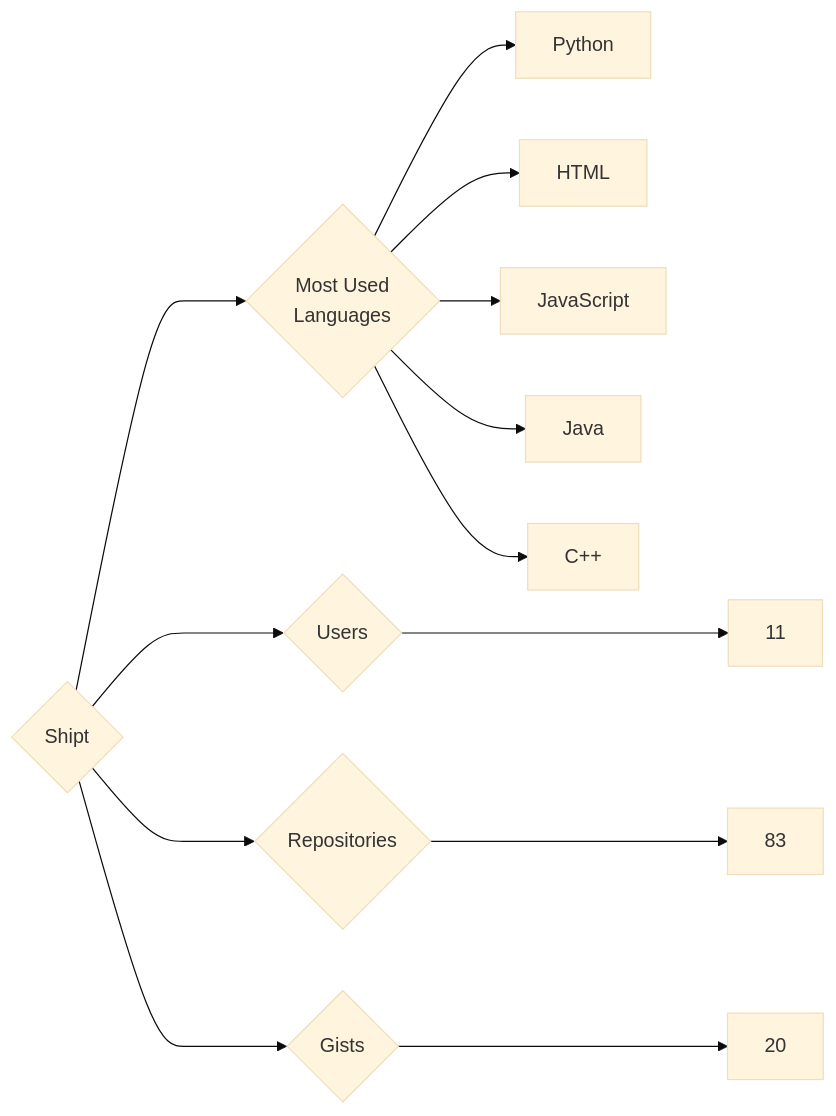
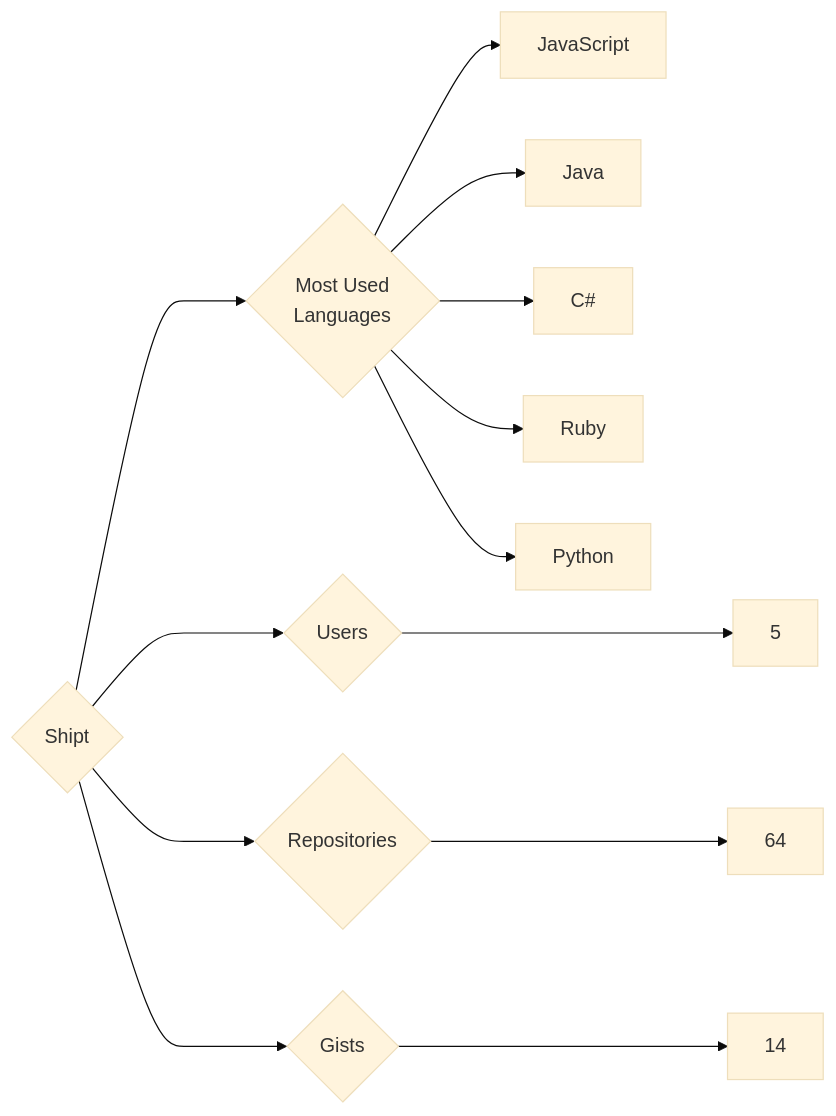
One commit to trickest/insiders changed the diagram in targets/Shipt/README.md. Above: the diagram before and after it, drawn with Mermaid (base theme). The commit also changed 851 other files, not shown here.

````diff
--- a/targets/Shipt/README.md
+++ b/targets/Shipt/README.md
@@ -3,13 +3,13 @@
 ```mermaid
 graph LR
 COMPANY_NAME{Shipt}
-COMPANY_NAME ---> U{Users} ---> UN[11]
-COMPANY_NAME ---> R{Repositories} ---> RN[83]
-COMPANY_NAME ---> G{Gists} ---> GN[20]
+COMPANY_NAME ---> U{Users} ---> UN[5]
+COMPANY_NAME ---> R{Repositories} ---> RN[64]
+COMPANY_NAME ---> G{Gists} ---> GN[14]
 COMPANY_NAME ---> ML{Most Used<br>Languages}
-ML --> Python[Python]
-ML --> HTML[HTML]
 ML --> JavaScript[JavaScript]
 ML --> Java[Java]
-ML --> C++[C++]
+ML --> C#[C#]
+ML --> Ruby[Ruby]
+ML --> Python[Python]
 ```
````
